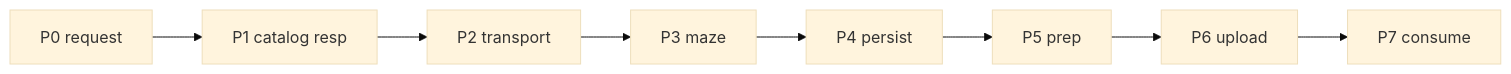
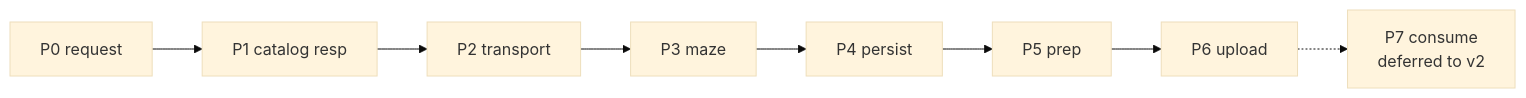
Before and after one commit to racosta-data/lots-twin: the sixth of 8 diagrams in docs/maze-flow.md, drawn with Mermaid (base theme). The commit also changed other lines of this file, not shown here.

Commit message:
docs: align diagrams with approved decisions, add pending D1 D2 D6 (#2)

````diff
--- a/docs/maze-flow.md
+++ b/docs/maze-flow.md
@@ -117,10 +127,10 @@
 ```mermaid
 flowchart LR
   P0[P0 request] --> P1[P1 catalog resp]
   P1 --> P2[P2 transport]
   P2 --> P3[P3 maze]
   P3 --> P4[P4 persist]
   P4 --> P5[P5 prep]
   P5 --> P6[P6 upload]
-  P6 --> P7[P7 consume]
+  P6 -.-> P7[P7 consume<br/>deferred to v2]
 ```
````
